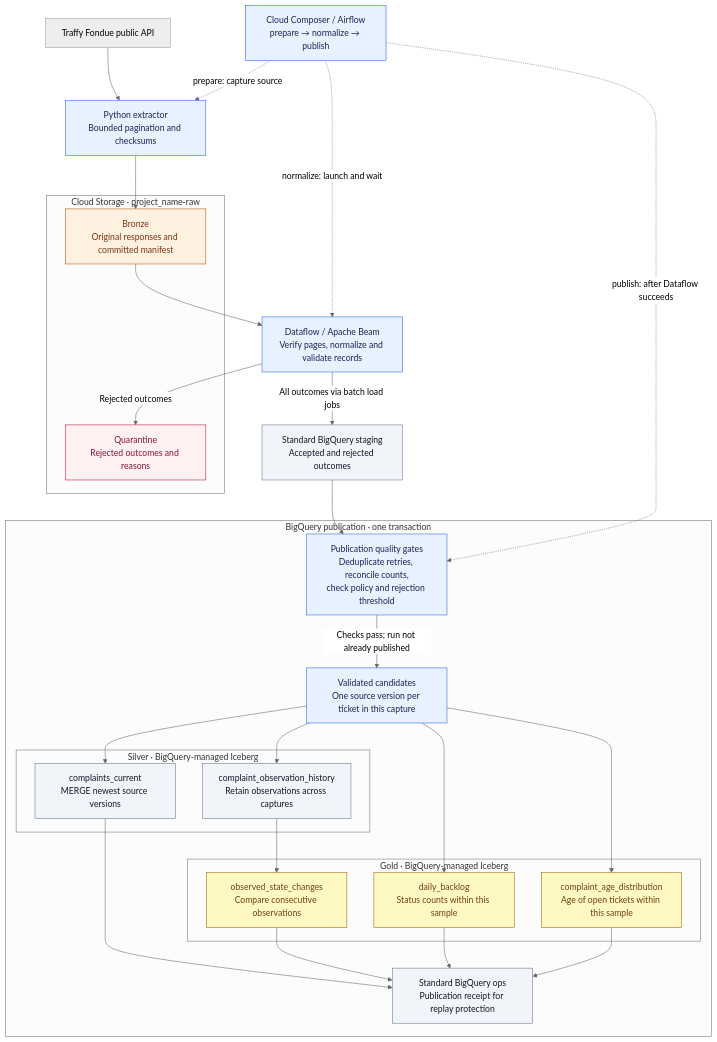
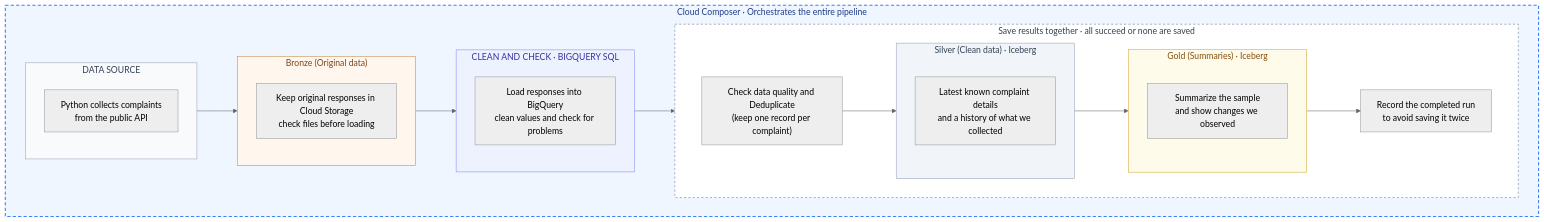
Before and after one commit to mesodiar/iceberg-pipeline: the diagram in README.md, drawn with Mermaid (neutral theme). The commit also changed other lines of this file and 38 other files, not shown here.

Commit message:
Change dataflow to bq sql

````diff
--- a/README.md
+++ b/README.md
@@ -176,62 +12,35 @@
 ```mermaid
-flowchart TB
-    API["Traffy Fondue public API"]
-    EXTRACT["Python extractor<br/>Bounded pagination and checksums"]
-    COMPOSER["Cloud Composer / Airflow<br/>prepare → normalize → publish"]
-
-    subgraph RAW["Cloud Storage · project_name-raw"]
-        BRONZE["Bronze<br/>Original responses and committed manifest"]
-        QUARANTINE["Quarantine<br/>Rejected outcomes and reasons"]
+flowchart LR
+    subgraph Composer["Cloud Composer · Orchestrates the entire pipeline"]
+        direction LR
+        subgraph SourceZone["DATA SOURCE"]
+            Source["Python collects complaints<br/>from the public API"]
+        end
+        subgraph BronzeZone["Bronze (Original data)"]
+            Bronze["Keep original responses in Cloud Storage<br/>check files before loading"]
+        end
+        subgraph ProcessingZone["CLEAN AND CHECK · BIGQUERY SQL"]
+            Processing["Load responses into BigQuery<br/>clean values and check for problems"]
+        end
+        subgraph Transaction["Save results together · all succeed or none are saved"]
+            direction LR
+            Gates["Check data quality and Deduplicate<br/>(keep one record per complaint)"]
+            subgraph SilverZone["Silver (Clean data) · Iceberg"]
+                Silver["Latest known complaint details<br/>and a history of what we collected"]
+            end
+            subgraph GoldZone["Gold (Summaries) · Iceberg"]
+                Gold["Summarize the sample<br/>and show changes we observed"]
+            end
+            Receipt["Record the completed run<br/>to avoid saving it twice"]
+            Gates --> SilverZone --> GoldZone --> Receipt
+        end
+        SourceZone --> BronzeZone --> ProcessingZone --> Transaction
     end
-
-    BEAM["Dataflow / Apache Beam<br/>Verify pages, normalize and validate records"]
-    STAGING["Standard BigQuery staging<br/>Accepted and rejected outcomes"]
-
-    subgraph TRANSACTION["BigQuery publication · one transaction"]
-        GATES["Publication quality gates<br/>Deduplicate retries, reconcile counts,<br/>check policy and rejection threshold"]
-        CANDIDATES["Validated candidates<br/>One source version per ticket in this capture"]
-
-        subgraph SILVER["Silver · BigQuery-managed Iceberg"]
-            CURRENT["complaints_current<br/>MERGE newest source versions"]
-            HISTORY["complaint_observation_history<br/>Retain observations across captures"]
-        end
-
-        subgraph GOLD["Gold · BigQuery-managed Iceberg"]
-            BACKLOG["daily_backlog<br/>Status counts within this sample"]
-            AGE["complaint_age_distribution<br/>Age of open tickets within this sample"]
-            CHANGES["observed_state_changes<br/>Compare consecutive observations"]
-        end
-
-        RECEIPT["Standard BigQuery ops<br/>Publication receipt for replay protection"]
-    end
-
-    API --> EXTRACT --> BRONZE --> BEAM
-    BEAM -->|"All outcomes via batch load jobs"| STAGING
-    BEAM -->|"Rejected outcomes"| QUARANTINE
-    STAGING --> GATES
-    GATES -->|"Checks pass; run not already published"| CANDIDATES
-    CANDIDATES --> CURRENT
-    CANDIDATES --> HISTORY
-    CANDIDATES --> BACKLOG
-    CANDIDATES --> AGE
-    HISTORY --> CHANGES
-    CURRENT --> RECEIPT
-    BACKLOG --> RECEIPT
-    AGE --> RECEIPT
-    CHANGES --> RECEIPT
-
-    COMPOSER -.->|"prepare: capture source"| EXTRACT
-    COMPOSER -.->|"normalize: launch and wait"| BEAM
-    COMPOSER -.->|"publish: after Dataflow succeeds"| GATES
-
-    classDef processing fill:#e8f1ff,stroke:#2563eb,color:#172554;
-    classDef bronze fill:#fff1df,stroke:#b45309,color:#78350f;
-    classDef silver fill:#f1f5f9,stroke:#64748b,color:#0f172a;
-    classDef gold fill:#fef9c3,stroke:#a16207,color:#713f12;
-    classDef rejected fill:#fff1f2,stroke:#be123c,color:#881337;
-    class EXTRACT,BEAM,GATES,CANDIDATES,COMPOSER processing;
-    class BRONZE bronze;
-    class CURRENT,HISTORY,STAGING,RECEIPT silver;
-    class BACKLOG,AGE,CHANGES gold;
-    class QUARANTINE rejected;
+    style Composer fill:#eff6ff,stroke:#3b82f6,stroke-width:2px,stroke-dasharray:6 4,color:#1e3a8a
+    style SourceZone fill:#f8fafc,stroke:#94a3b8,color:#334155
+    style BronzeZone fill:#fff7ed,stroke:#c28748,color:#7c451b
+    style ProcessingZone fill:#eef2ff,stroke:#818cf8,color:#3730a3
+    style Transaction fill:#ffffff,stroke:#64748b,stroke-dasharray:4 4,color:#334155
+    style SilverZone fill:#f1f5f9,stroke:#94a3b8,color:#334155
+    style GoldZone fill:#fffbeb,stroke:#d4a72c,color:#854d0e
 ```
````
